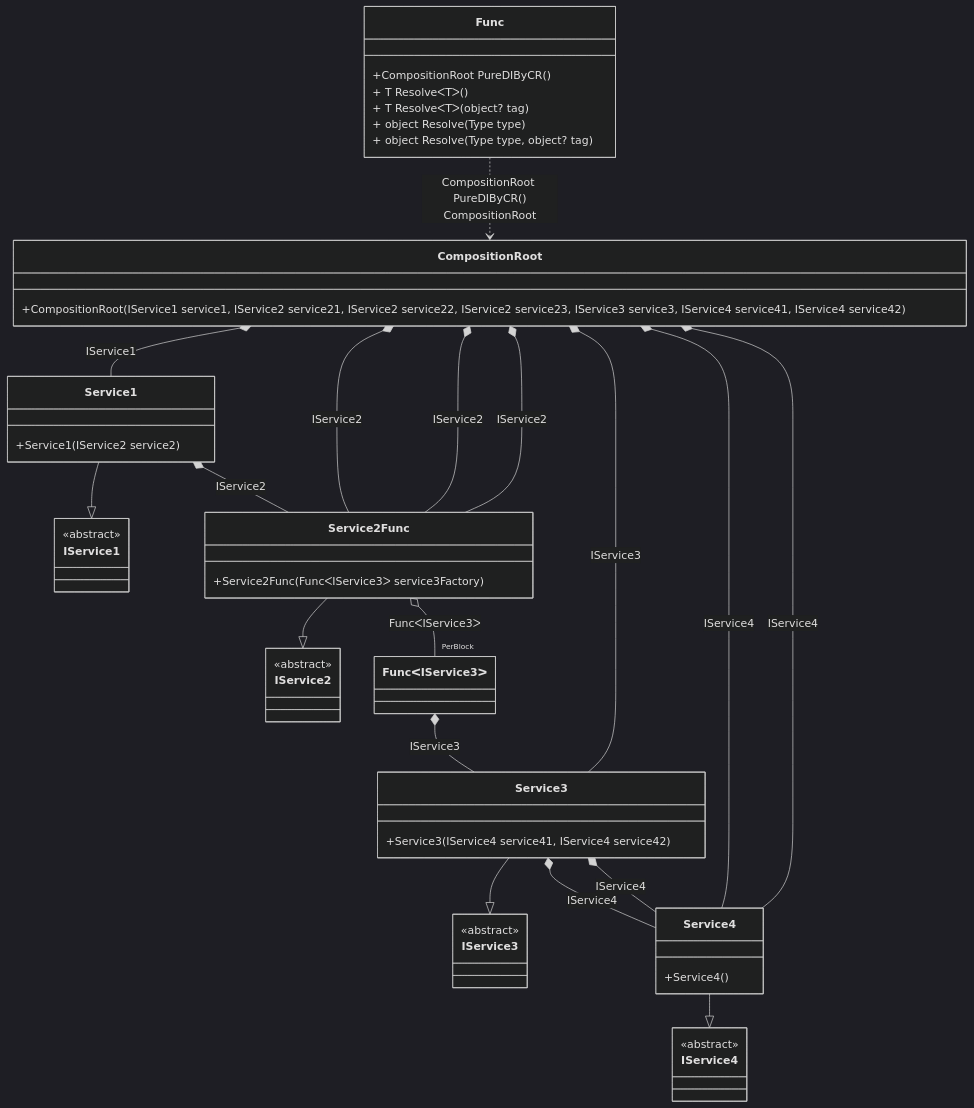
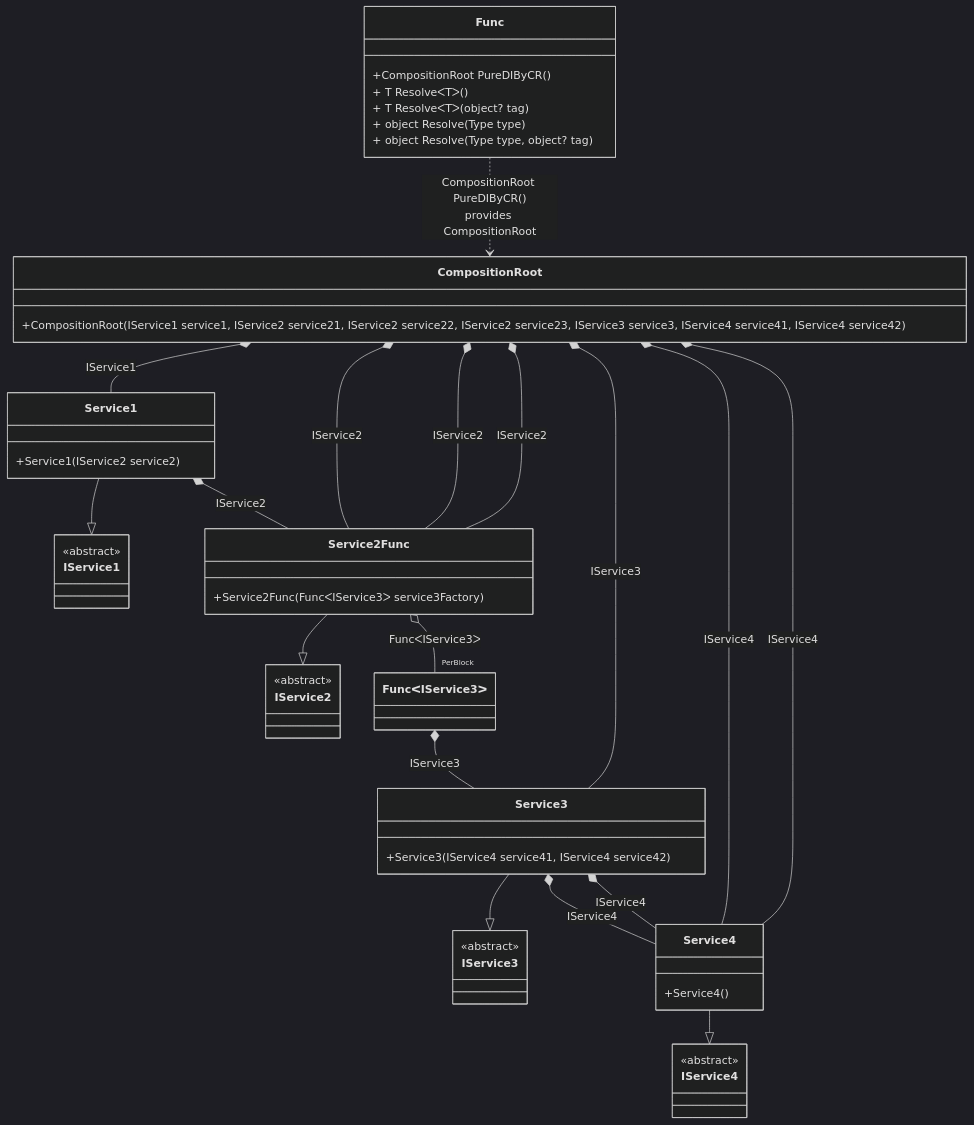
Before and after one commit to DevTeam/Pure.DI: the diagram in readme/FuncDetails.md, drawn with Mermaid (dark theme). The commit also changed 12 other files, not shown here.

````diff
--- a/readme/FuncDetails.md
+++ b/readme/FuncDetails.md
@@ -6,55 +6,55 @@
 ```mermaid
 classDiagram
   class Func {
     +CompositionRoot PureDIByCR()
     + T ResolveᐸTᐳ()
     + T ResolveᐸTᐳ(object? tag)
     + object Resolve(Type type)
     + object Resolve(Type type, object? tag)
   }
   class CompositionRoot {
     +CompositionRoot(IService1 service1, IService2 service21, IService2 service22, IService2 service23, IService3 service3, IService4 service41, IService4 service42)
   }
   Service1 --|> IService1 : 
   class Service1 {
     +Service1(IService2 service2)
   }
   Service2Func --|> IService2 : 
   class Service2Func {
     +Service2Func(FuncᐸIService3ᐳ service3Factory)
   }
   Service3 --|> IService3 : 
   class Service3 {
     +Service3(IService4 service41, IService4 service42)
   }
   Service4 --|> IService4 : 
   class Service4 {
     +Service4()
   }
   class FuncᐸIService3ᐳ
   class IService1 {
     <<abstract>>
   }
   class IService2 {
     <<abstract>>
   }
   class IService3 {
     <<abstract>>
   }
   class IService4 {
     <<abstract>>
   }
   CompositionRoot *--  Service1 : IService1
   CompositionRoot *--  Service2Func : IService2
   CompositionRoot *--  Service2Func : IService2
   CompositionRoot *--  Service2Func : IService2
   CompositionRoot *--  Service3 : IService3
   CompositionRoot *--  Service4 : IService4
   CompositionRoot *--  Service4 : IService4
   Service1 *--  Service2Func : IService2
   Service2Func o--  "PerBlock" FuncᐸIService3ᐳ : FuncᐸIService3ᐳ
   Service3 *--  Service4 : IService4
   Service3 *--  Service4 : IService4
-  Func ..> CompositionRoot : CompositionRoot PureDIByCR()<br/>CompositionRoot
+  Func ..> CompositionRoot : CompositionRoot PureDIByCR()<br/>provides CompositionRoot
   FuncᐸIService3ᐳ *--  Service3 : IService3
 ```
````
